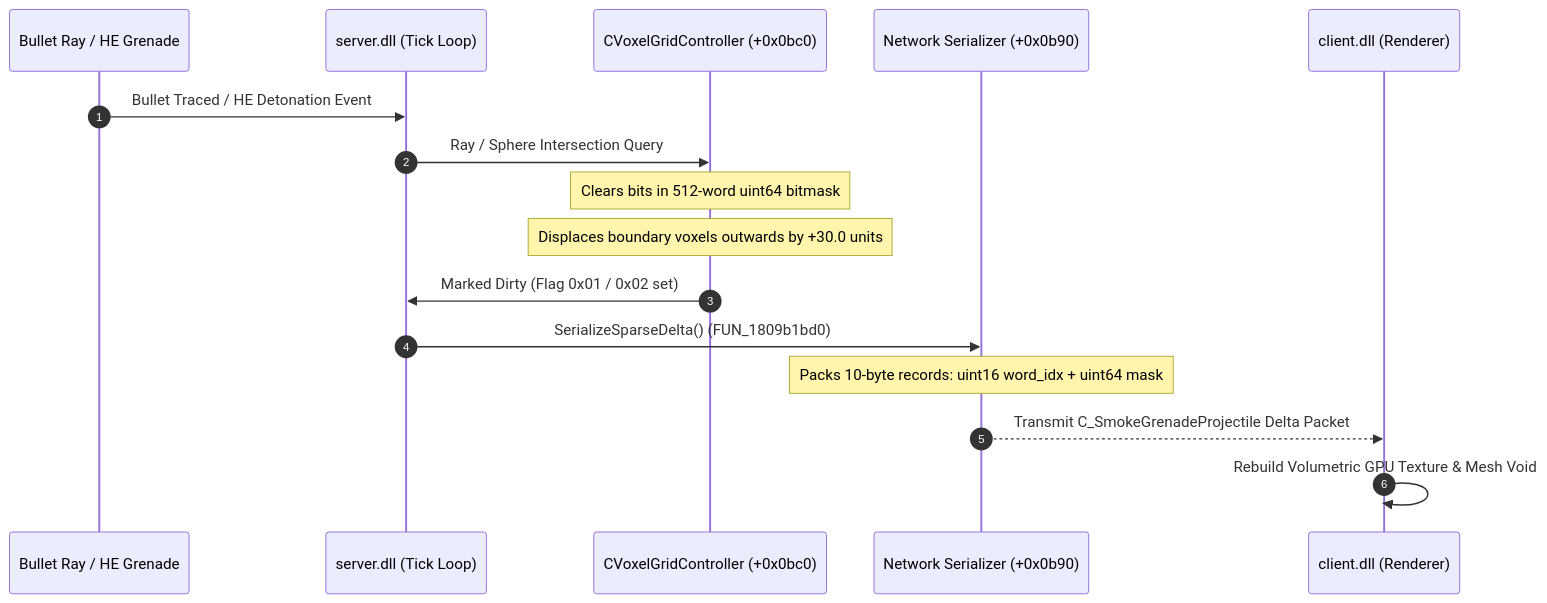
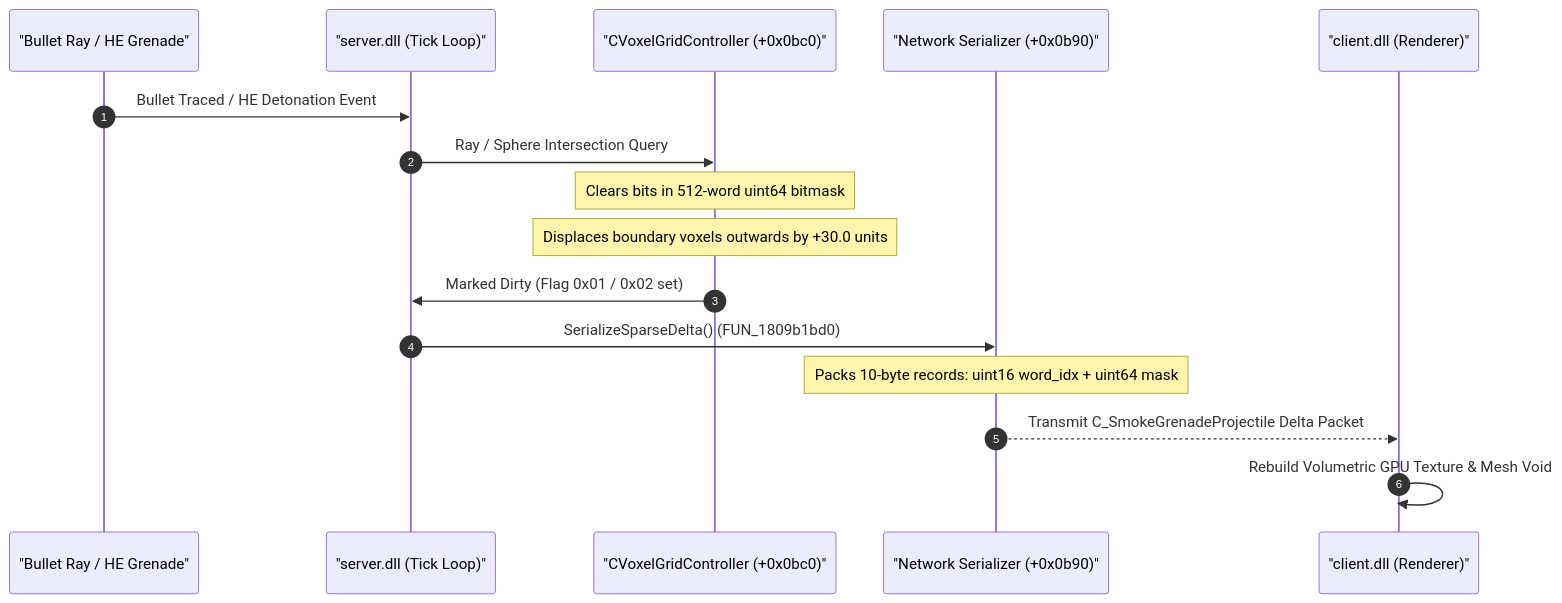
Before and after one commit to Hanzkii/cs2-reverse: the diagram in docs/11_volumetric_smoke_and_3d_voxel_grids.md, drawn with Mermaid. The commit also changed 17 other files, not shown here.

Commit message:
fix(docs): quote Mermaid sequence diagram participant labels across all documentation

````diff
--- a/docs/11_volumetric_smoke_and_3d_voxel_grids.md
+++ b/docs/11_volumetric_smoke_and_3d_voxel_grids.md
@@ -141,19 +141,19 @@
 ```mermaid
 sequenceDiagram
     autonumber
-    participant Weapon as Bullet Ray / HE Grenade
-    participant Server as server.dll (Tick Loop)
-    participant VoxelGrid as CVoxelGridController (+0x0bc0)
-    participant Net as Network Serializer (+0x0b90)
-    participant Client as client.dll (Renderer)
+    participant Weapon as "Bullet Ray / HE Grenade"
+    participant Server as "server.dll (Tick Loop)"
+    participant VoxelGrid as "CVoxelGridController (+0x0bc0)"
+    participant Net as "Network Serializer (+0x0b90)"
+    participant Client as "client.dll (Renderer)"
 
     Weapon->>Server: Bullet Traced / HE Detonation Event
     Server->>VoxelGrid: Ray / Sphere Intersection Query
     Note over VoxelGrid: Clears bits in 512-word uint64 bitmask
     Note over VoxelGrid: Displaces boundary voxels outwards by +30.0 units
     VoxelGrid->>Server: Marked Dirty (Flag 0x01 / 0x02 set)
     Server->>Net: SerializeSparseDelta() (FUN_1809b1bd0)
     Note over Net: Packs 10-byte records: uint16 word_idx + uint64 mask
     Net-->>Client: Transmit C_SmokeGrenadeProjectile Delta Packet
     Client->>Client: Rebuild Volumetric GPU Texture & Mesh Void
 ```
````
